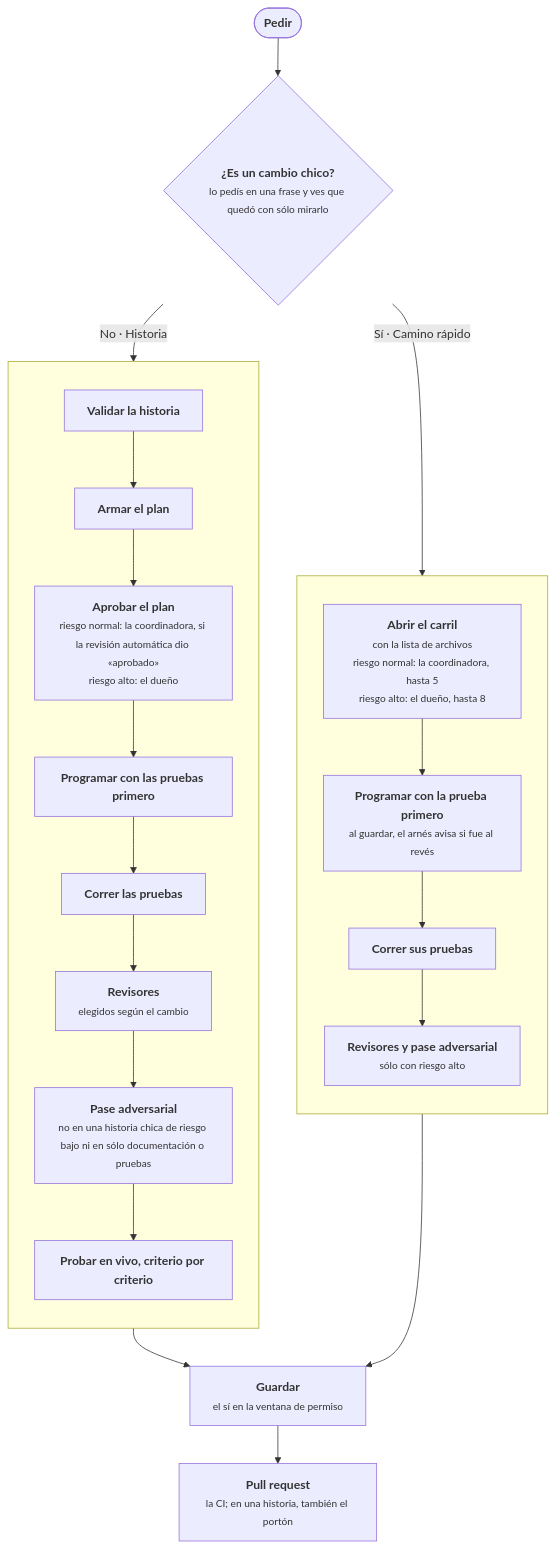
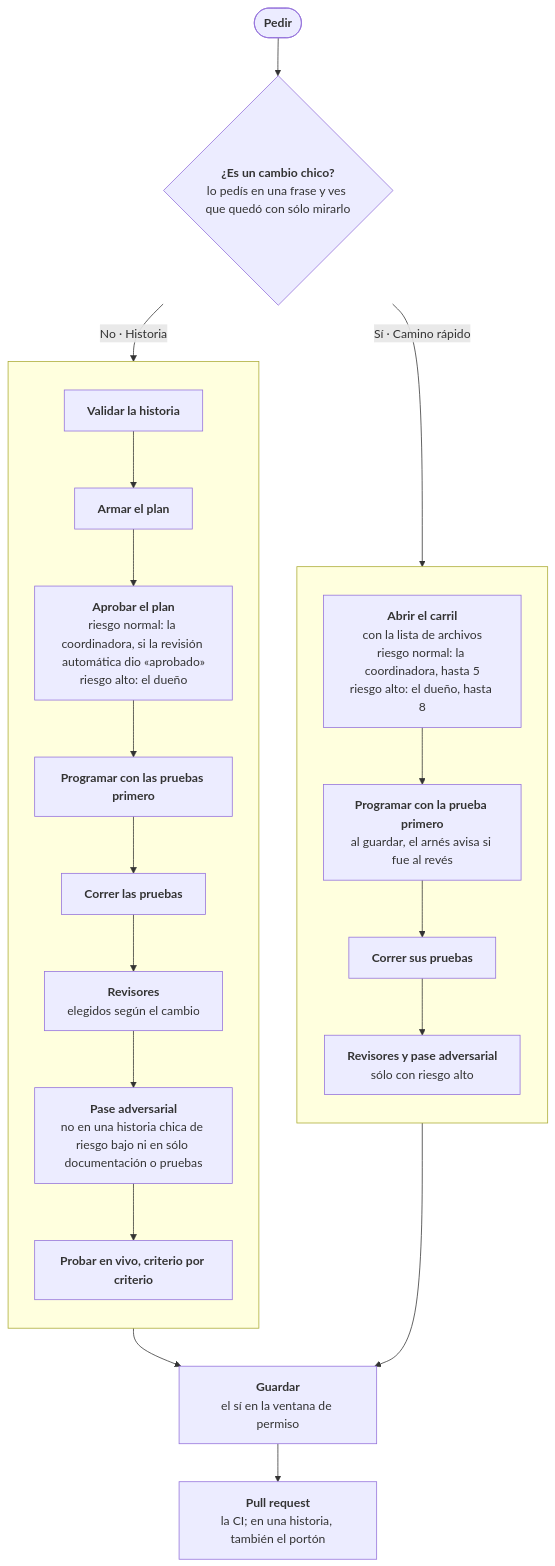
The diagram in README.es.md (TYCON-SA/tycon-harness), drawn with Mermaid before and after one commit. The commit also changed 1 other file, not shown here.

Commit message:
docs(portada): las aclaraciones del diagrama en letra normal
En GitHub la letra chica se cortaba dentro de las cajas. Las aclaraciones van en letra normal,
debajo del título en negrita.

````diff
--- a/README.es.md
+++ b/README.es.md
@@ -53,25 +53,25 @@
 ```mermaid
 flowchart TB
-  pedir(["<b>Pedir</b>"]) --> chico{"<b>¿Es un cambio chico?</b><br/><small>lo pedís en una frase y ves que quedó con sólo mirarlo</small>"}
+  pedir(["<b>Pedir</b>"]) --> chico{"<b>¿Es un cambio chico?</b><br/>lo pedís en una frase y ves que quedó con sólo mirarlo"}
   chico -- "Sí · Camino rápido" --> r1
   chico -- "No · Historia" --> h1
   subgraph rapido [" "]
     direction TB
-    r1["<b>Abrir el carril</b><br/><small>con la lista de archivos<br/>riesgo normal: la coordinadora, hasta 5<br/>riesgo alto: el dueño, hasta 8</small>"] --> r2["<b>Programar con la prueba primero</b><br/><small>al guardar, el arnés avisa si fue al revés</small>"]
+    r1["<b>Abrir el carril</b><br/>con la lista de archivos<br/>riesgo normal: la coordinadora, hasta 5<br/>riesgo alto: el dueño, hasta 8"] --> r2["<b>Programar con la prueba primero</b><br/>al guardar, el arnés avisa si fue al revés"]
     r2 --> r3["<b>Correr sus pruebas</b>"]
-    r3 --> r4["<b>Revisores y pase adversarial</b><br/><small>sólo con riesgo alto</small>"]
+    r3 --> r4["<b>Revisores y pase adversarial</b><br/>sólo con riesgo alto"]
   end
   subgraph historia [" "]
     direction TB
     h1["<b>Validar la historia</b>"] --> h2["<b>Armar el plan</b>"]
-    h2 --> h3["<b>Aprobar el plan</b><br/><small>riesgo normal: la coordinadora, si la revisión automática dio «aprobado»<br/>riesgo alto: el dueño</small>"]
+    h2 --> h3["<b>Aprobar el plan</b><br/>riesgo normal: la coordinadora, si la revisión automática dio «aprobado»<br/>riesgo alto: el dueño"]
     h3 --> h4["<b>Programar con las pruebas primero</b>"]
     h4 --> h5["<b>Correr las pruebas</b>"]
-    h5 --> h6["<b>Revisores</b><br/><small>elegidos según el cambio</small>"]
-    h6 --> h7["<b>Pase adversarial</b><br/><small>no en una historia chica de riesgo bajo ni en sólo documentación o pruebas</small>"]
+    h5 --> h6["<b>Revisores</b><br/>elegidos según el cambio"]
+    h6 --> h7["<b>Pase adversarial</b><br/>no en una historia chica de riesgo bajo ni en sólo documentación o pruebas"]
     h7 --> h8["<b>Probar en vivo, criterio por criterio</b>"]
   end
-  r4 --> g1["<b>Guardar</b><br/><small>el sí en la ventana de permiso</small>"]
+  r4 --> g1["<b>Guardar</b><br/>el sí en la ventana de permiso"]
   h8 --> g1
-  g1 --> g2["<b>Pull request</b><br/><small>la CI#59; en una historia, también el portón</small>"]
+  g1 --> g2["<b>Pull request</b><br/>la CI#59; en una historia, también el portón"]
 ```
````
